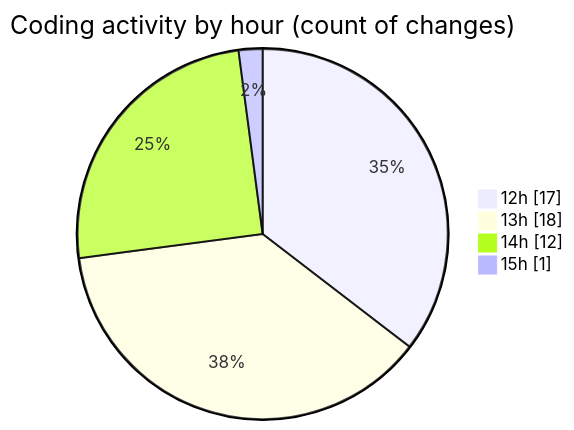
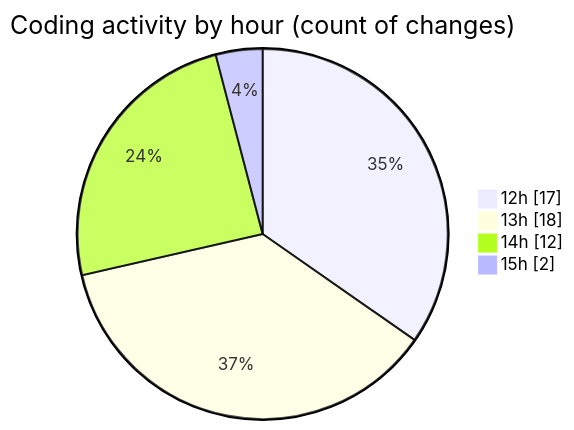
The second of 2 diagrams in 2025-06-01/video_app/README.md (CELIANVF/code-tracking), drawn with Mermaid before and after one commit. The commit also changed other lines of this file and 1 other file, not shown here.

````diff
--- a/2025-06-01/video_app/README.md
+++ b/2025-06-01/video_app/README.md
@@ -38,8 +38,8 @@
 ```mermaid
 pie showData
 title Coding activity by hour (count of changes)
 "12h" : 17
 "13h" : 18
 "14h" : 12
-"15h" : 1
+"15h" : 2
 ```
````
